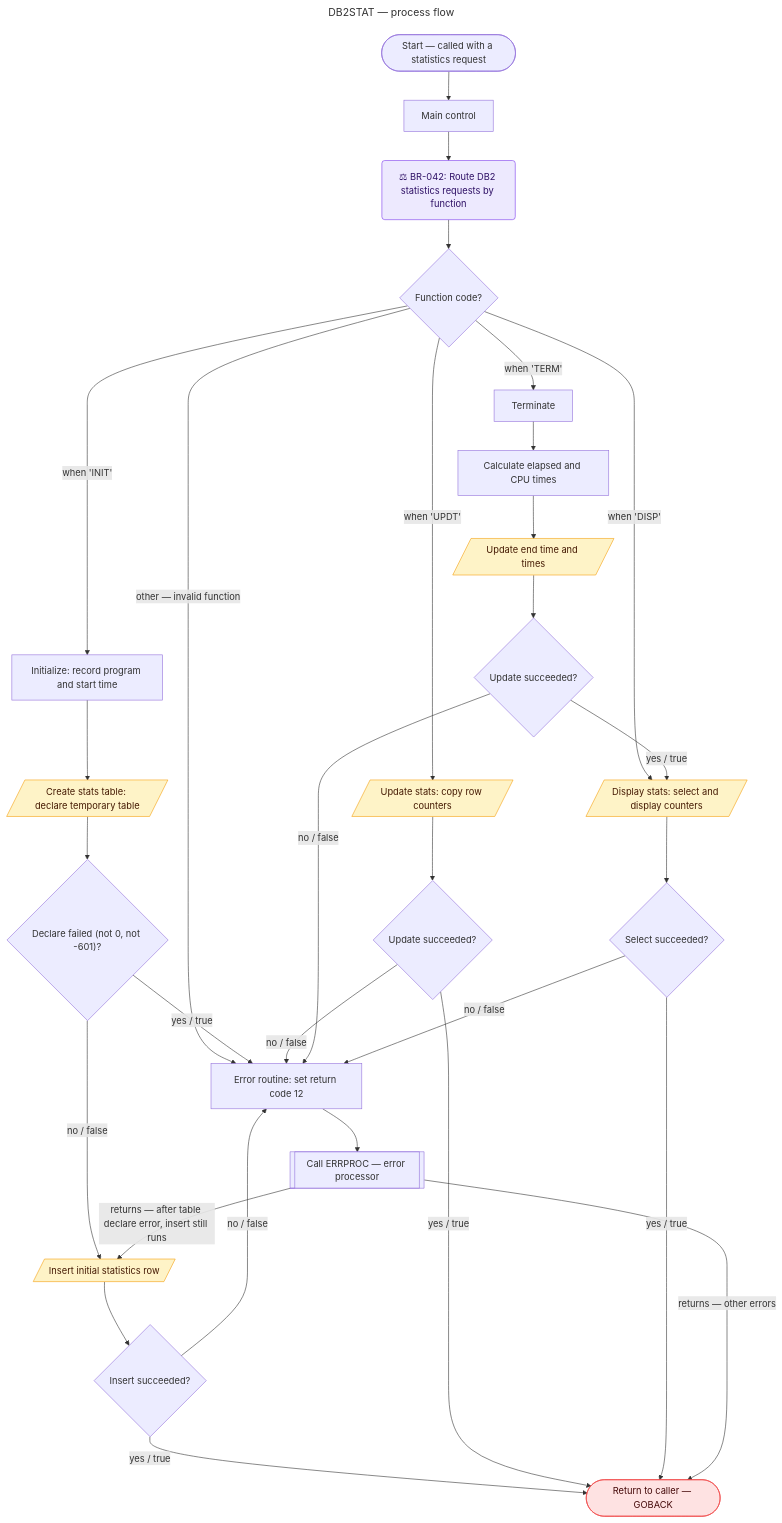
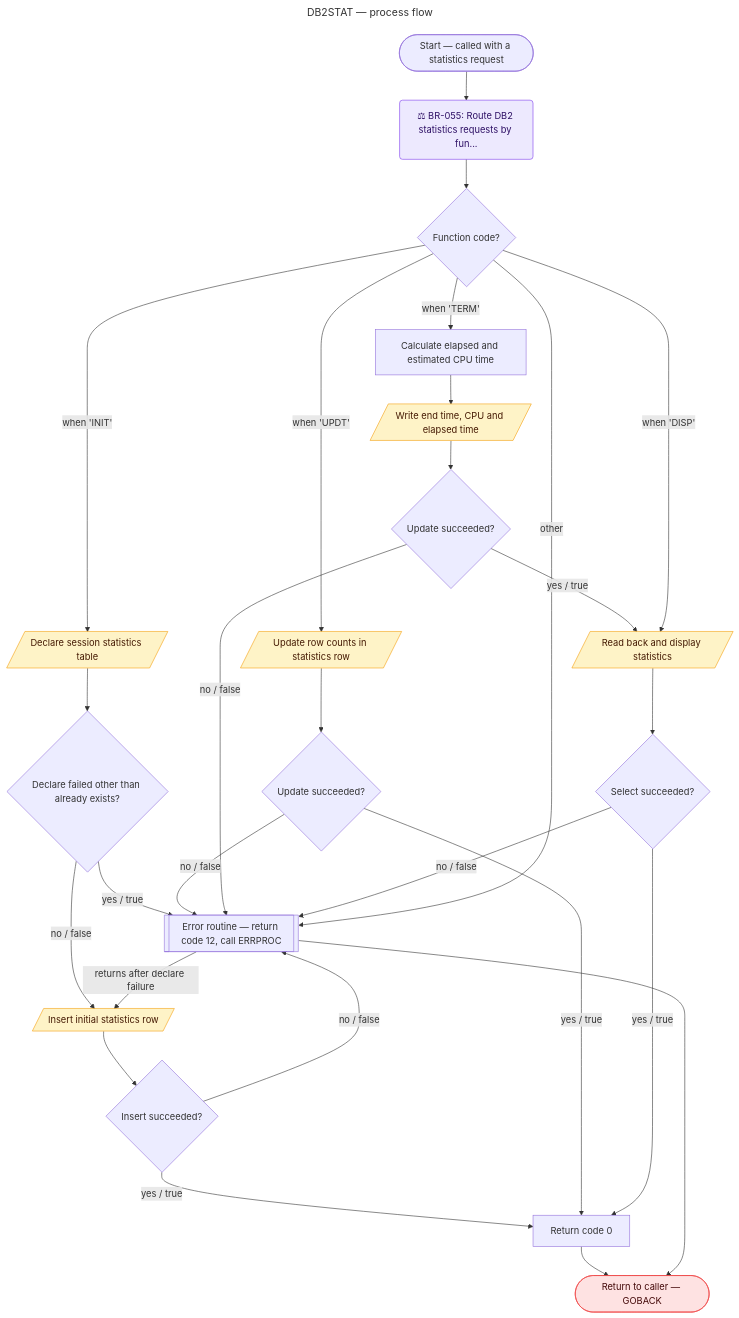
One commit to vighnasreevara/REVFORGE-Harness changed the diagram in output/diagram/diagrams/flow_DB2STAT.mmd. Above: the diagram before and after it, drawn with Mermaid. The commit also changed 352 other files, not shown here.

First line of the commit message:
Re-run full REVFORGE pipeline on Claude Opus 5.5

```diff
--- a/output/diagram/diagrams/flow_DB2STAT.mmd
+++ b/output/diagram/diagrams/flow_DB2STAT.mmd
@@ -1,99 +1,78 @@
 ---
 title: DB2STAT — process flow
 ---
 flowchart TD
   %% Generated by 6_diagram agent — sequence-builder skill
-  %% Program: DB2STAT (called subprogram) — 9 paragraphs, 1 business rule
+  %% Program: DB2STAT (called subprogram) — 9 paragraphs, 2 business rules, logic_status partial
   %% Edges: solid = confirmed; -.-> runtime:/uncertain: = uncertain; -.-> ? = unsupported
 
-  classDef rule     fill:#ede9fe,stroke:#7c3aed,color:#2e1065
-  classDef io       fill:#fef3c7,stroke:#f59e0b,color:#451a03
-  classDef terminal fill:#fee2e2,stroke:#ef4444,color:#450a0a
+  classDef rule       fill:#ede9fe,stroke:#7c3aed,color:#2e1065
+  classDef io         fill:#fef3c7,stroke:#f59e0b,color:#451a03
+  classDef terminal   fill:#fee2e2,stroke:#ef4444,color:#450a0a
 
   START(["Start — called with a statistics request"])
-  PARA_0000["Main control"]
-  RULE_BR042("⚖ BR-042: Route DB2 statistics requests by function"):::rule
+  RULE_BR055("⚖ BR-055: Route DB2 statistics requests by fun..."):::rule
   DEC_FUNC{"Function code?"}
-
-  PARA_1000["Initialize: record program and start time"]
-  PARA_1100[/"Create stats table: declare temporary table"/]:::io
-  DEC_1100{"Declare failed (not 0, not -601)?"}
-  PARA_1200[/"Insert initial statistics row"/]:::io
-  DEC_1200{"Insert succeeded?"}
-
-  PARA_2000[/"Update stats: copy row counters"/]:::io
-  DEC_2000{"Update succeeded?"}
-
-  PARA_3000["Terminate"]
-  PARA_3100["Calculate elapsed and CPU times"]
-  IO_3000[/"Update end time and times"/]:::io
-  DEC_3000{"Update succeeded?"}
-
-  PARA_4000[/"Display stats: select and display counters"/]:::io
-  DEC_4000{"Select succeeded?"}
-
-  PARA_9000["Error routine: set return code 12"]
-  CALL_ERRPROC[["Call ERRPROC — error processor"]]
-
+  IO_CREATE[/"Declare session statistics table"/]:::io
+  DEC_CREATE{"Declare failed other than already exists?"}
+  IO_INSERT[/"Insert initial statistics row"/]:::io
+  DEC_INS{"Insert succeeded?"}
+  IO_UPDATE[/"Update row counts in statistics row"/]:::io
+  DEC_UPD{"Update succeeded?"}
+  PARA_3100["Calculate elapsed and estimated CPU time"]
+  IO_TERM[/"Write end time, CPU and elapsed time"/]:::io
+  DEC_TERM{"Update succeeded?"}
+  IO_DISP[/"Read back and display statistics"/]:::io
+  DEC_DISP{"Select succeeded?"}
+  SET_RC0["Return code 0"]
+  CALL_ERRPROC[["Error routine — return code 12, call ERRPROC"]]
   TERMINAL(["Return to caller — GOBACK"]):::terminal
 
-  START --> PARA_0000
-  PARA_0000 --> RULE_BR042
-  RULE_BR042 --> DEC_FUNC
-  DEC_FUNC -->|when 'INIT'| PARA_1000
-  DEC_FUNC -->|when 'UPDT'| PARA_2000
-  DEC_FUNC -->|when 'TERM'| PARA_3000
-  DEC_FUNC -->|when 'DISP'| PARA_4000
-  DEC_FUNC -->|other — invalid function| PARA_9000
-
-  PARA_1000 --> PARA_1100
-  PARA_1100 --> DEC_1100
-  DEC_1100 -->|yes / true| PARA_9000
-  DEC_1100 -->|no / false| PARA_1200
-  PARA_1200 --> DEC_1200
-  DEC_1200 -->|yes / true| TERMINAL
-  DEC_1200 -->|no / false| PARA_9000
-
-  PARA_2000 --> DEC_2000
-  DEC_2000 -->|yes / true| TERMINAL
-  DEC_2000 -->|no / false| PARA_9000
-
-  PARA_3000 --> PARA_3100
-  PARA_3100 --> IO_3000
-  IO_3000 --> DEC_3000
-  DEC_3000 -->|yes / true| PARA_4000
-  DEC_3000 -->|no / false| PARA_9000
-
-  PARA_4000 --> DEC_4000
-  DEC_4000 -->|yes / true| TERMINAL
-  DEC_4000 -->|no / false| PARA_9000
-
-  PARA_9000 --> CALL_ERRPROC
-  CALL_ERRPROC -->|returns — after table declare error, insert still runs| PARA_1200
-  CALL_ERRPROC -->|returns — other errors| TERMINAL
-
-  %% SQL status checks test SQLCODE (precompiler SQLCA item, UNRESOLVED, no Field ID).
-  %% UPDT, TERM and DISP rely on program ID and start time saved by an earlier INIT call in the same run unit (Agent 4 note).
-
-  %% REVFORGE-ID START paragraph_id=null statement_id=null
-  %% REVFORGE-ID PARA_0000 paragraph_id=SYS-PORTFOLIO-001-FIL-0057-PAR-0001 statement_id=null
-  %% REVFORGE-ID RULE_BR042 paragraph_id=SYS-PORTFOLIO-001-FIL-0057-PAR-0001 statement_id=SYS-PORTFOLIO-001-FIL-0057-STMT-000001 rule_id=BR-042
+  %% REVFORGE-ID RULE_BR055 paragraph_id=SYS-PORTFOLIO-001-FIL-0057-PAR-0001 statement_id=SYS-PORTFOLIO-001-FIL-0057-STMT-000001
   %% REVFORGE-ID DEC_FUNC paragraph_id=SYS-PORTFOLIO-001-FIL-0057-PAR-0001 statement_id=SYS-PORTFOLIO-001-FIL-0057-STMT-000001
-  %% REVFORGE-ID PARA_1000 paragraph_id=SYS-PORTFOLIO-001-FIL-0057-PAR-0002 statement_id=null
-  %% REVFORGE-ID PARA_1100 paragraph_id=SYS-PORTFOLIO-001-FIL-0057-PAR-0003 statement_id=SYS-PORTFOLIO-001-FIL-0057-STMT-000010
-  %% REVFORGE-ID DEC_1100 paragraph_id=SYS-PORTFOLIO-001-FIL-0057-PAR-0003 statement_id=SYS-PORTFOLIO-001-FIL-0057-STMT-000011
-  %% REVFORGE-ID PARA_1200 paragraph_id=SYS-PORTFOLIO-001-FIL-0057-PAR-0004 statement_id=SYS-PORTFOLIO-001-FIL-0057-STMT-000012
-  %% REVFORGE-ID DEC_1200 paragraph_id=SYS-PORTFOLIO-001-FIL-0057-PAR-0004 statement_id=SYS-PORTFOLIO-001-FIL-0057-STMT-000013
-  %% REVFORGE-ID PARA_2000 paragraph_id=SYS-PORTFOLIO-001-FIL-0057-PAR-0005 statement_id=SYS-PORTFOLIO-001-FIL-0057-STMT-000020
-  %% REVFORGE-ID DEC_2000 paragraph_id=SYS-PORTFOLIO-001-FIL-0057-PAR-0005 statement_id=SYS-PORTFOLIO-001-FIL-0057-STMT-000021
-  %% REVFORGE-ID PARA_3000 paragraph_id=SYS-PORTFOLIO-001-FIL-0057-PAR-0006 statement_id=null
-  %% REVFORGE-ID PARA_3100 paragraph_id=SYS-PORTFOLIO-001-FIL-0057-PAR-0007 statement_id=null
-  %% REVFORGE-ID IO_3000 paragraph_id=SYS-PORTFOLIO-001-FIL-0057-PAR-0006 statement_id=SYS-PORTFOLIO-001-FIL-0057-STMT-000025
-  %% REVFORGE-ID DEC_3000 paragraph_id=SYS-PORTFOLIO-001-FIL-0057-PAR-0006 statement_id=SYS-PORTFOLIO-001-FIL-0057-STMT-000026
-  %% REVFORGE-ID PARA_4000 paragraph_id=SYS-PORTFOLIO-001-FIL-0057-PAR-0008 statement_id=SYS-PORTFOLIO-001-FIL-0057-STMT-000030
-  %% REVFORGE-ID DEC_4000 paragraph_id=SYS-PORTFOLIO-001-FIL-0057-PAR-0008 statement_id=SYS-PORTFOLIO-001-FIL-0057-STMT-000031
-  %% REVFORGE-ID PARA_9000 paragraph_id=SYS-PORTFOLIO-001-FIL-0057-PAR-0009 statement_id=null
-  %% REVFORGE-ID CALL_ERRPROC paragraph_id=SYS-PORTFOLIO-001-FIL-0057-PAR-0009 statement_id=SYS-PORTFOLIO-001-FIL-0057-STMT-000034 callee_file_id=SYS-PORTFOLIO-001-FIL-0058
+  %% REVFORGE-ID IO_CREATE paragraph_id=SYS-PORTFOLIO-001-FIL-0057-PAR-0003 statement_id=SYS-PORTFOLIO-001-FIL-0057-STMT-000010
+  %% REVFORGE-ID DEC_CREATE paragraph_id=SYS-PORTFOLIO-001-FIL-0057-PAR-0003 statement_id=SYS-PORTFOLIO-001-FIL-0057-STMT-000011
+  %% REVFORGE-ID IO_INSERT paragraph_id=SYS-PORTFOLIO-001-FIL-0057-PAR-0004 statement_id=SYS-PORTFOLIO-001-FIL-0057-STMT-000012
+  %% REVFORGE-ID DEC_INS paragraph_id=SYS-PORTFOLIO-001-FIL-0057-PAR-0004 statement_id=SYS-PORTFOLIO-001-FIL-0057-STMT-000013
+  %% REVFORGE-ID IO_UPDATE paragraph_id=SYS-PORTFOLIO-001-FIL-0057-PAR-0005 statement_id=SYS-PORTFOLIO-001-FIL-0057-STMT-000020
+  %% REVFORGE-ID DEC_UPD paragraph_id=SYS-PORTFOLIO-001-FIL-0057-PAR-0005 statement_id=SYS-PORTFOLIO-001-FIL-0057-STMT-000021
+  %% REVFORGE-ID PARA_3100 paragraph_id=SYS-PORTFOLIO-001-FIL-0057-PAR-0007 statement_id=SYS-PORTFOLIO-001-FIL-0057-STMT-000024
+  %% REVFORGE-ID IO_TERM paragraph_id=SYS-PORTFOLIO-001-FIL-0057-PAR-0006 statement_id=SYS-PORTFOLIO-001-FIL-0057-STMT-000025
+  %% REVFORGE-ID DEC_TERM paragraph_id=SYS-PORTFOLIO-001-FIL-0057-PAR-0006 statement_id=SYS-PORTFOLIO-001-FIL-0057-STMT-000026
+  %% REVFORGE-ID IO_DISP paragraph_id=SYS-PORTFOLIO-001-FIL-0057-PAR-0008 statement_id=SYS-PORTFOLIO-001-FIL-0057-STMT-000030
+  %% REVFORGE-ID DEC_DISP paragraph_id=SYS-PORTFOLIO-001-FIL-0057-PAR-0008 statement_id=SYS-PORTFOLIO-001-FIL-0057-STMT-000031
+  %% REVFORGE-ID SET_RC0 paragraph_id=SYS-PORTFOLIO-001-FIL-0057-PAR-0004 statement_id=SYS-PORTFOLIO-001-FIL-0057-STMT-000045
+  %% REVFORGE-ID CALL_ERRPROC paragraph_id=SYS-PORTFOLIO-001-FIL-0057-PAR-0009 statement_id=SYS-PORTFOLIO-001-FIL-0057-STMT-000034
   %% REVFORGE-ID TERMINAL paragraph_id=SYS-PORTFOLIO-001-FIL-0057-PAR-0001 statement_id=SYS-PORTFOLIO-001-FIL-0057-STMT-000002
 
-  %% Rules: BR-042 (confirmed) shown inline. No medium/low-confidence rules for this program.
+  START --> RULE_BR055
+  RULE_BR055 --> DEC_FUNC
+  DEC_FUNC -->|when 'INIT'| IO_CREATE
+  IO_CREATE --> DEC_CREATE
+  DEC_CREATE -->|yes / true| CALL_ERRPROC
+  DEC_CREATE -->|no / false| IO_INSERT
+  IO_INSERT --> DEC_INS
+  DEC_INS -->|yes / true| SET_RC0
+  DEC_INS -->|no / false| CALL_ERRPROC
+  DEC_FUNC -->|when 'UPDT'| IO_UPDATE
+  IO_UPDATE --> DEC_UPD
+  DEC_UPD -->|yes / true| SET_RC0
+  DEC_UPD -->|no / false| CALL_ERRPROC
+  DEC_FUNC -->|when 'TERM'| PARA_3100
+  PARA_3100 --> IO_TERM
+  IO_TERM --> DEC_TERM
+  DEC_TERM -->|yes / true| IO_DISP
+  DEC_TERM -->|no / false| CALL_ERRPROC
+  DEC_FUNC -->|when 'DISP'| IO_DISP
+  IO_DISP --> DEC_DISP
+  DEC_DISP -->|yes / true| SET_RC0
+  DEC_DISP -->|no / false| CALL_ERRPROC
+  DEC_FUNC -->|other| CALL_ERRPROC
+  SET_RC0 --> TERMINAL
+  CALL_ERRPROC --> TERMINAL
+  CALL_ERRPROC -->|returns after declare failure| IO_INSERT
+
+  %% After a failed declare the error routine returns and the insert still runs; its success resets the return code to 0 (Agent 4).
+  %% Agent 4 warning: the SELECT host structure does not line up with the selected columns (recorded verbatim). SQLCODE has no Field ID.
+  %% Medium and low confidence rules not shown inline:
+  %% BR-056 (medium): Calculate elapsed time and apply 65 percent CPU time estimate — see paragraph 3100-CALC-TIMES · SME review
```
